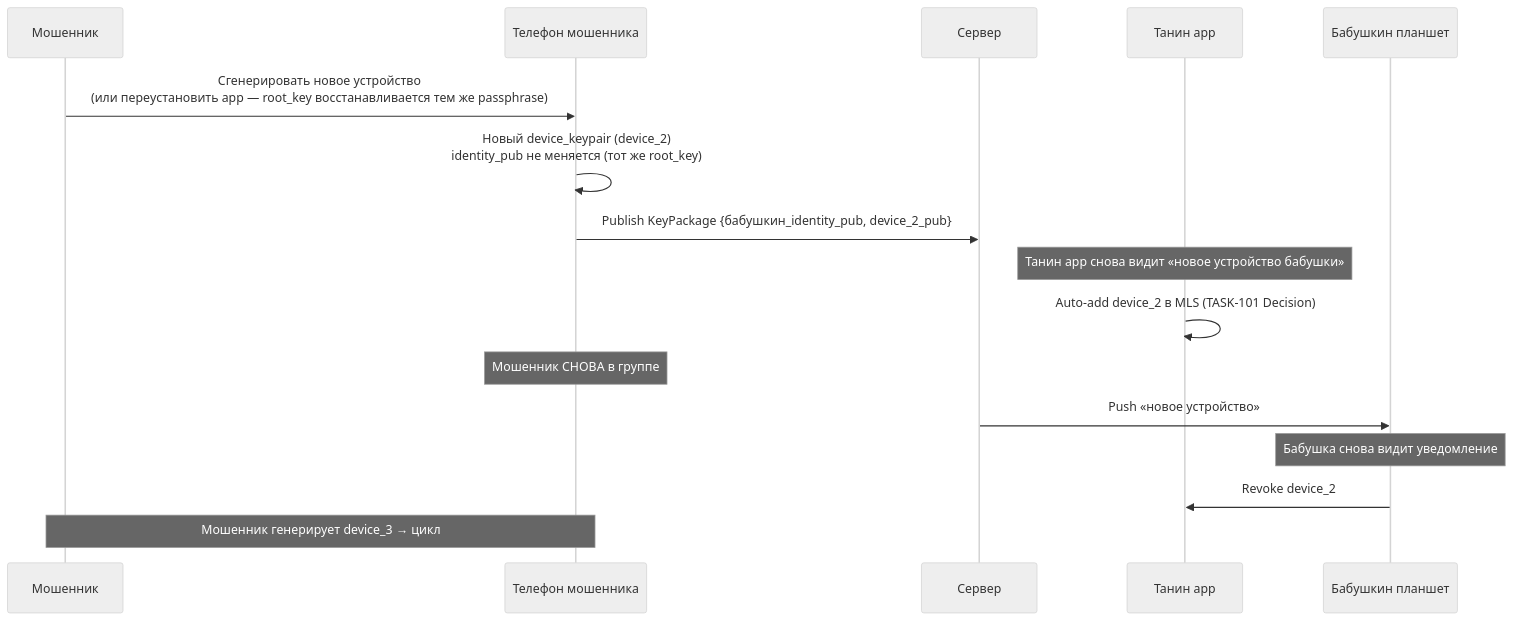
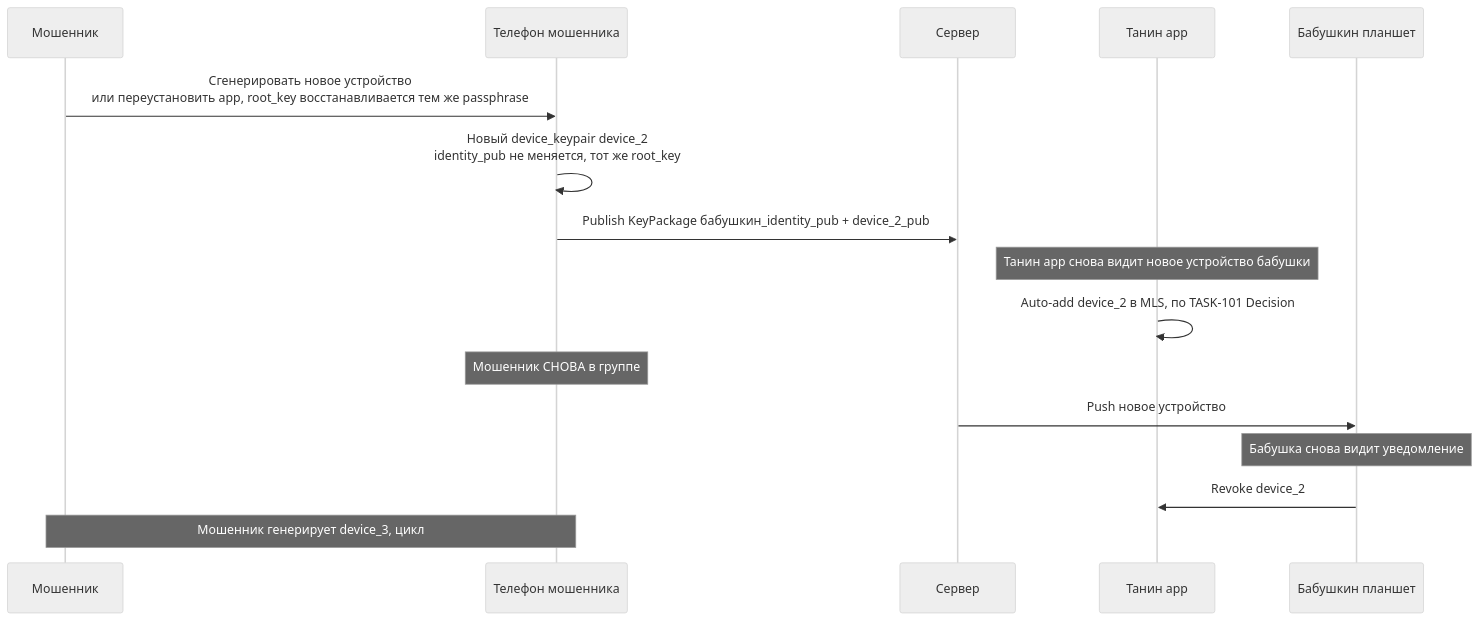
Before and after one commit to jeromwork/launcher: the fourth of 4 diagrams in backlog/tasks/task-102 - Decision-Revoke-policy.md, drawn with Mermaid (neutral theme). The commit also changed other lines of this file and 1 other file, not shown here.

First line of the commit message:
fix(task-102): strip parens/apostrophes from mermaid participants + add rule

````diff
--- a/backlog/tasks/task-102 - Decision-Revoke-policy.md
+++ b/backlog/tasks/task-102 - Decision-Revoke-policy.md
@@ -312,22 +312,22 @@
 ```mermaid
 sequenceDiagram
     participant Ат as Мошенник
     participant М_т as Телефон мошенника
     participant С as Сервер
     participant Т as Танин app
     participant Б_пл as Бабушкин планшет
 
-    Ат->>М_т: Сгенерировать новое устройство<br/>(или переустановить app — root_key восстанавливается тем же passphrase)
-    М_т->>М_т: Новый device_keypair (device_2)<br/>identity_pub не меняется (тот же root_key)
-    М_т->>С: Publish KeyPackage {бабушкин_identity_pub, device_2_pub}
+    Ат->>М_т: Сгенерировать новое устройство<br/>или переустановить app, root_key восстанавливается тем же passphrase
+    М_т->>М_т: Новый device_keypair device_2<br/>identity_pub не меняется, тот же root_key
+    М_т->>С: Publish KeyPackage бабушкин_identity_pub + device_2_pub
 
-    Note over Т: Танин app снова видит «новое устройство бабушки»
-    Т->>Т: Auto-add device_2 в MLS (TASK-101 Decision)
+    Note over Т: Танин app снова видит новое устройство бабушки
+    Т->>Т: Auto-add device_2 в MLS, по TASK-101 Decision
     Note over М_т: Мошенник СНОВА в группе
 
-    С->>Б_пл: Push «новое устройство»
+    С->>Б_пл: Push новое устройство
     Note over Б_пл: Бабушка снова видит уведомление
     Б_пл->>Т: Revoke device_2
 
-    Note over Ат,М_т: Мошенник генерирует device_3 → цикл
+    Note over Ат,М_т: Мошенник генерирует device_3, цикл
 ```
````
